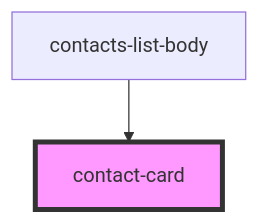
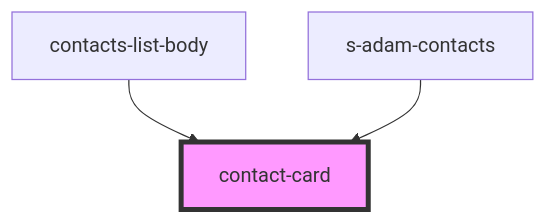
The diagram in src/components/shared/contacts-list/res/view/contact-card/readme.md (saqhan/stencil-chat), drawn with Mermaid before and after one commit. The commit also changed other lines of this file and 23 other files, not shown here.

````diff
--- a/src/components/shared/contacts-list/res/view/contact-card/readme.md
+++ b/src/components/shared/contacts-list/res/view/contact-card/readme.md
@@ -29,5 +31,6 @@
 ```mermaid
 graph TD;
   contacts-list-body --> contact-card
+  s-adam-contacts --> contact-card
   style contact-card fill:#f9f,stroke:#333,stroke-width:4px
 ```
````
